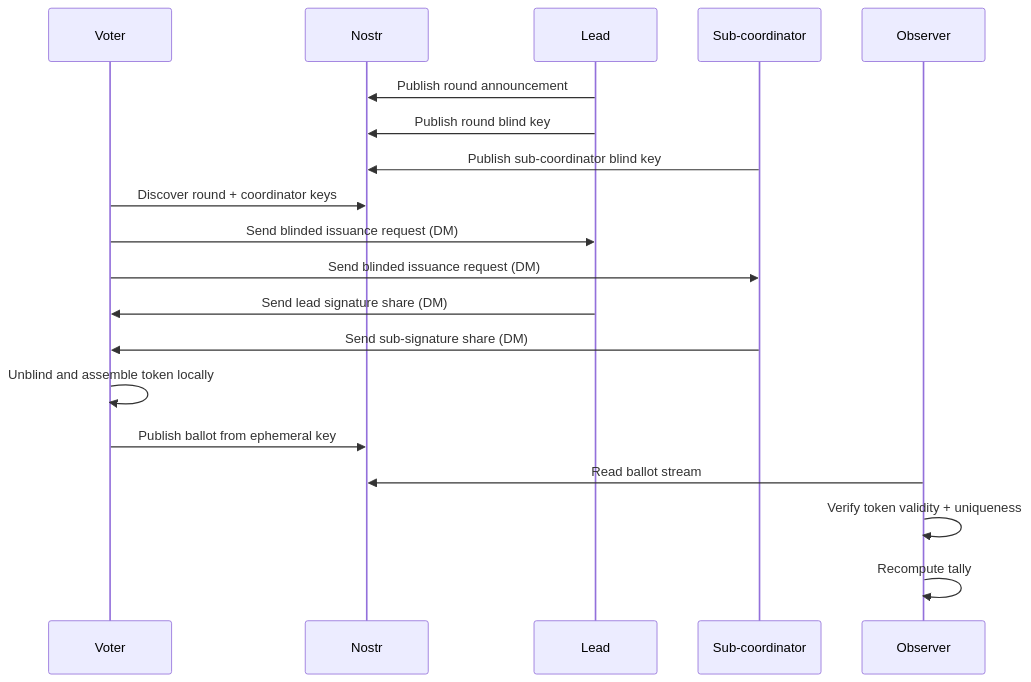
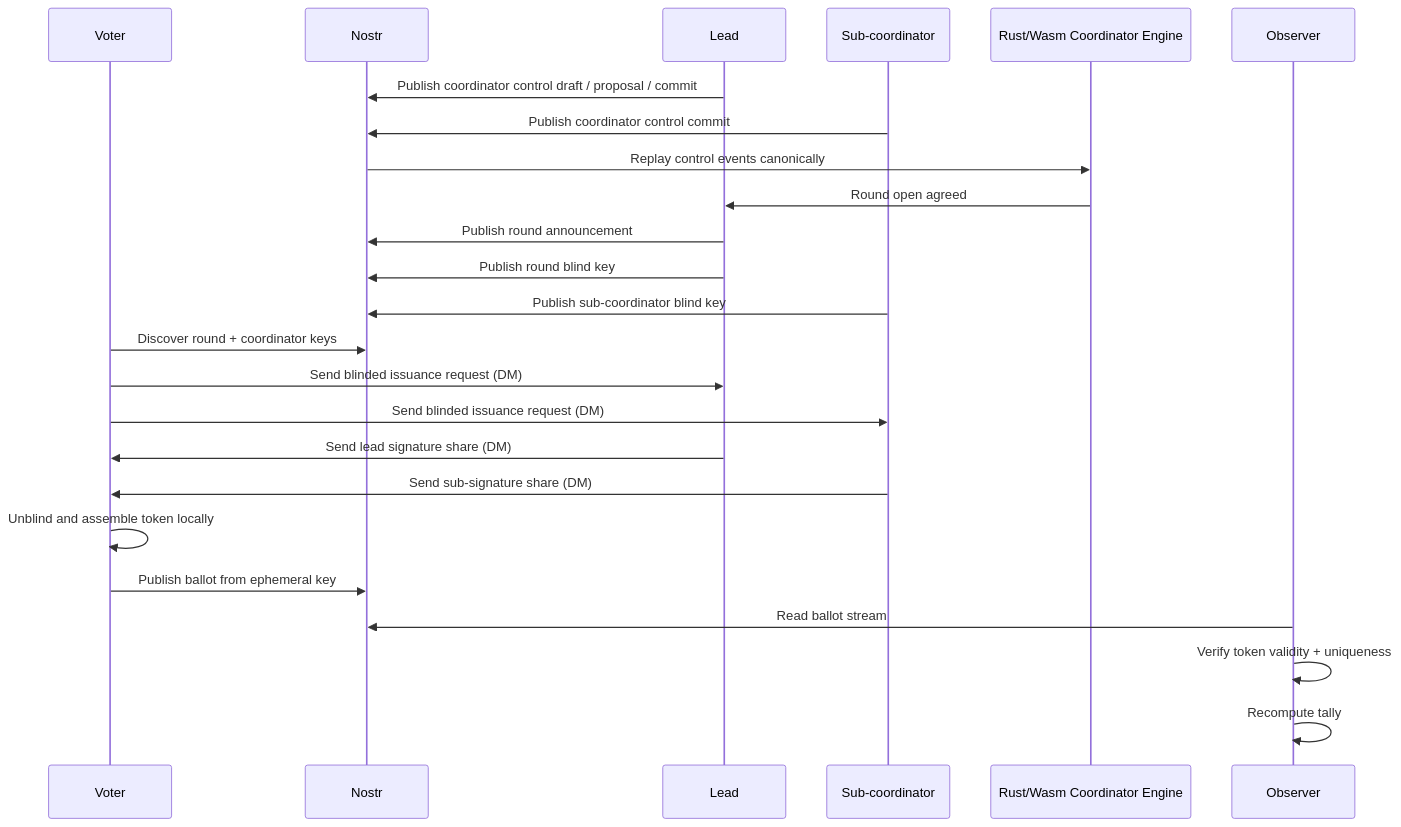
One commit to tidley/auditable-voting changed the second of 8 diagrams in docs/project-explainer.md. Above: the diagram before and after it, drawn with Mermaid. The commit also changed other lines of this file and 38 other files, not shown here.

````diff
--- a/docs/project-explainer.md
+++ b/docs/project-explainer.md
@@ -197,22 +228,27 @@
 ```mermaid
 sequenceDiagram
   participant V as Voter
   participant N as Nostr
   participant L as Lead
   participant C as Sub-coordinator
+  participant R as Rust/Wasm Coordinator Engine
   participant O as Observer
 
+  L->>N: Publish coordinator control draft / proposal / commit
+  C->>N: Publish coordinator control commit
+  N->>R: Replay control events canonically
+  R->>L: Round open agreed
   L->>N: Publish round announcement
   L->>N: Publish round blind key
   C->>N: Publish sub-coordinator blind key
   V->>N: Discover round + coordinator keys
   V->>L: Send blinded issuance request (DM)
   V->>C: Send blinded issuance request (DM)
   L->>V: Send lead signature share (DM)
   C->>V: Send sub-signature share (DM)
   V->>V: Unblind and assemble token locally
   V->>N: Publish ballot from ephemeral key
   O->>N: Read ballot stream
   O->>O: Verify token validity + uniqueness
   O->>O: Recompute tally
 ```
````
